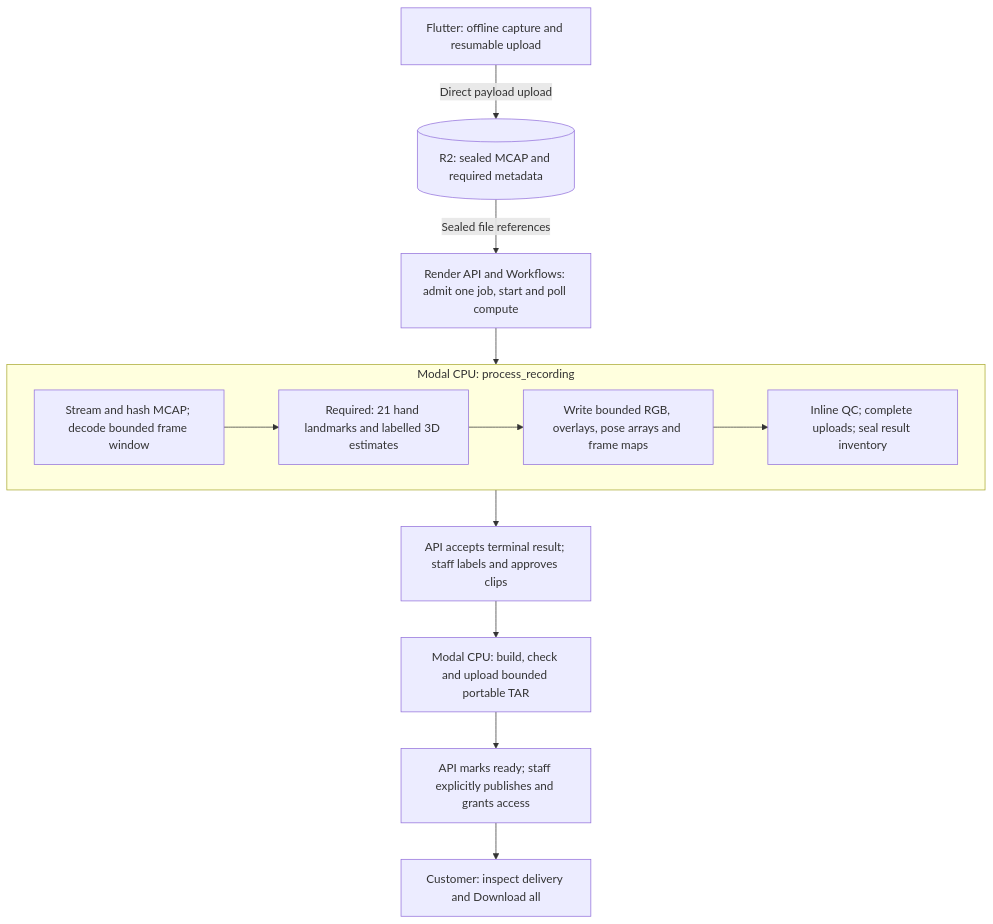
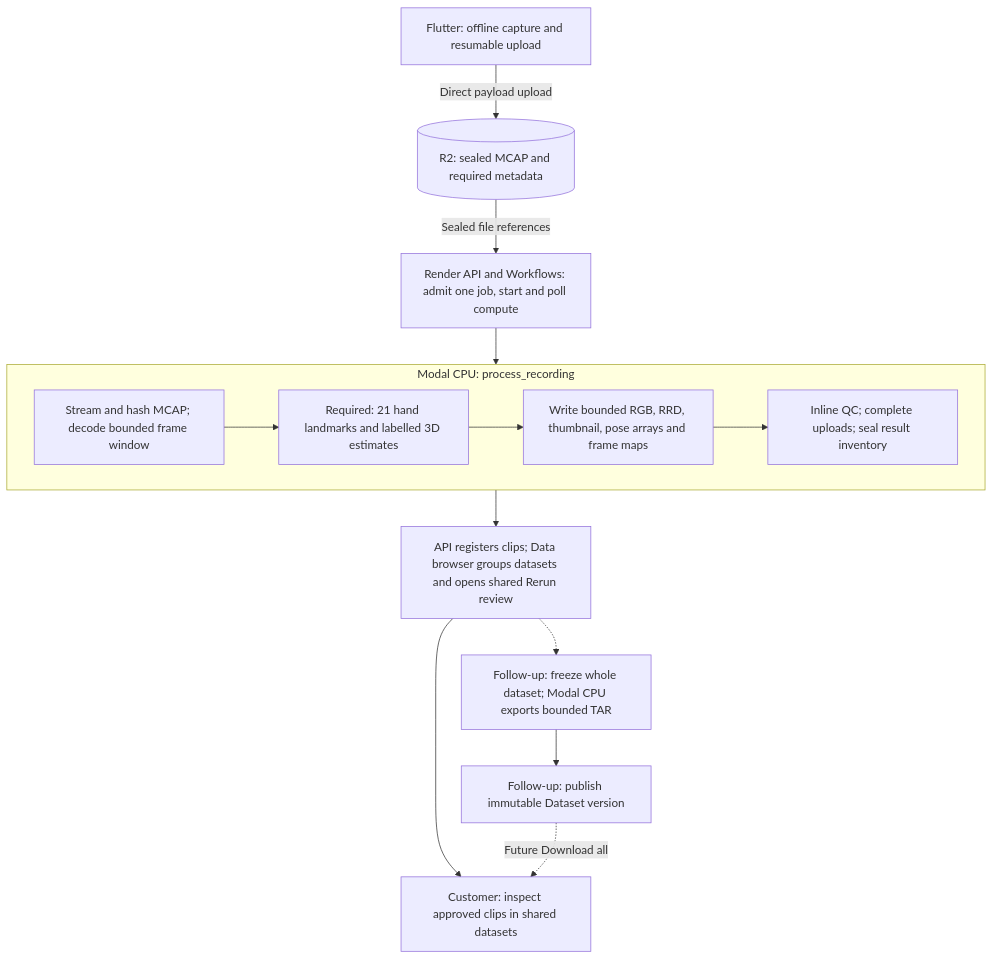
The diagram in docs/figures/processing-stages.md (StateAction-ai/stateaction), drawn with Mermaid before and after one commit. The commit also changed other lines of this file and 36 other files, not shown here.

Commit message:
docs: add shared dataset browser and Rerun clip review

````diff
--- a/docs/figures/processing-stages.md
+++ b/docs/figures/processing-stages.md
@@ -5,21 +5,23 @@
 ```mermaid
 flowchart TD
     capture["Flutter: offline capture and resumable upload"]
     source[("R2: sealed MCAP and required metadata")]
     dispatch["Render API and Workflows: admit one job, start and poll compute"]
     subgraph process["Modal CPU: process_recording"]
         extract["Stream and hash MCAP; decode bounded frame window"]
         hands["Required: 21 hand landmarks and labelled 3D estimates"]
-        preview["Write bounded RGB, overlays, pose arrays and frame maps"]
+        preview["Write bounded RGB, RRD, thumbnail, pose arrays and frame maps"]
         qc["Inline QC; complete uploads; seal result inventory"]
         extract --> hands --> preview --> qc
     end
-    review["API accepts terminal result; staff labels and approves clips"]
-    export["Modal CPU: build, check and upload bounded portable TAR"]
-    publish["API marks ready; staff explicitly publishes and grants access"]
-    customer["Customer: inspect delivery and Download all"]
+    review["API registers clips; Data browser groups datasets and opens shared Rerun review"]
+    export["Follow-up: freeze whole dataset; Modal CPU exports bounded TAR"]
+    publish["Follow-up: publish immutable Dataset version"]
+    customer["Customer: inspect approved clips in shared datasets"]
     capture -->|"Direct payload upload"| source
     source -->|"Sealed file references"| dispatch
     dispatch --> process
-    process --> review --> export --> publish --> customer
+    process --> review --> customer
+    review -.-> export --> publish
+    publish -.->|"Future Download all"| customer
 ```
````
